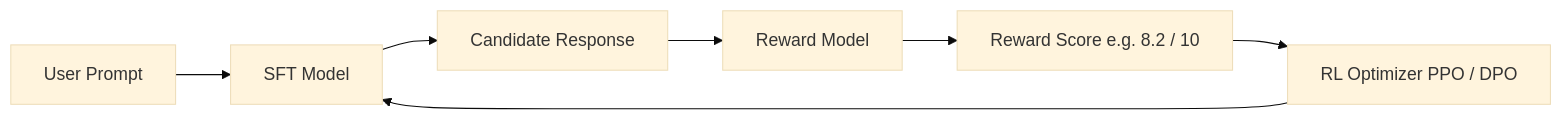
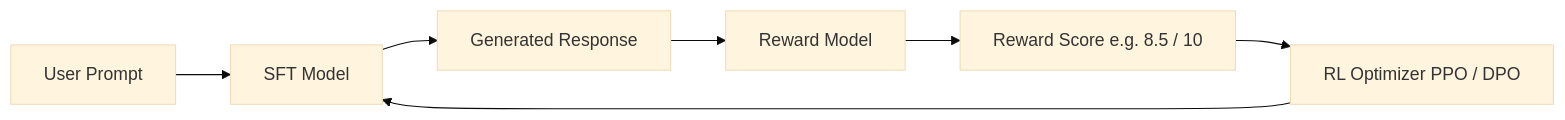
Before and after one commit to Nishant8826/theory-leaning: the third of 3 diagrams in Nameste-AI/Season_01/07_From_a_Base_Model_to_an_AI_Assistant.md, drawn with Mermaid (base theme). The commit also changed other lines of this file and 8 other files, not shown here.

````diff
--- a/Nameste-AI/Season_01/07_From_a_Base_Model_to_an_AI_Assistant.md
+++ b/Nameste-AI/Season_01/07_From_a_Base_Model_to_an_AI_Assistant.md
@@ -226,9 +240,9 @@
 ```mermaid
 flowchart LR
     A[User Prompt] --> B[SFT Model]
-    B --> C[Candidate Response]
+    B --> C[Generated Response]
     C --> D[Reward Model]
-    D --> E[Reward Score e.g. 8.2 / 10]
+    D --> E[Reward Score e.g. 8.5 / 10]
     E --> F[RL Optimizer PPO / DPO]
     F --> B
 ```
````
